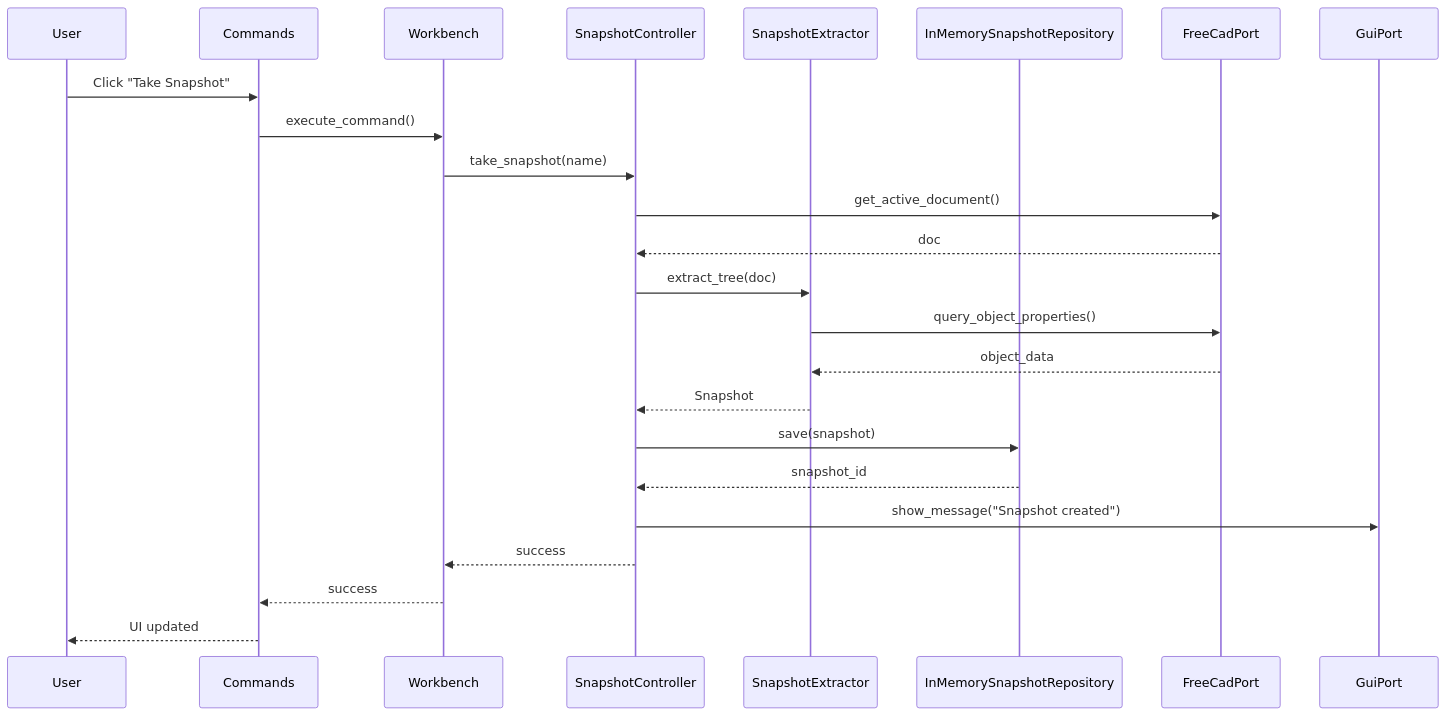
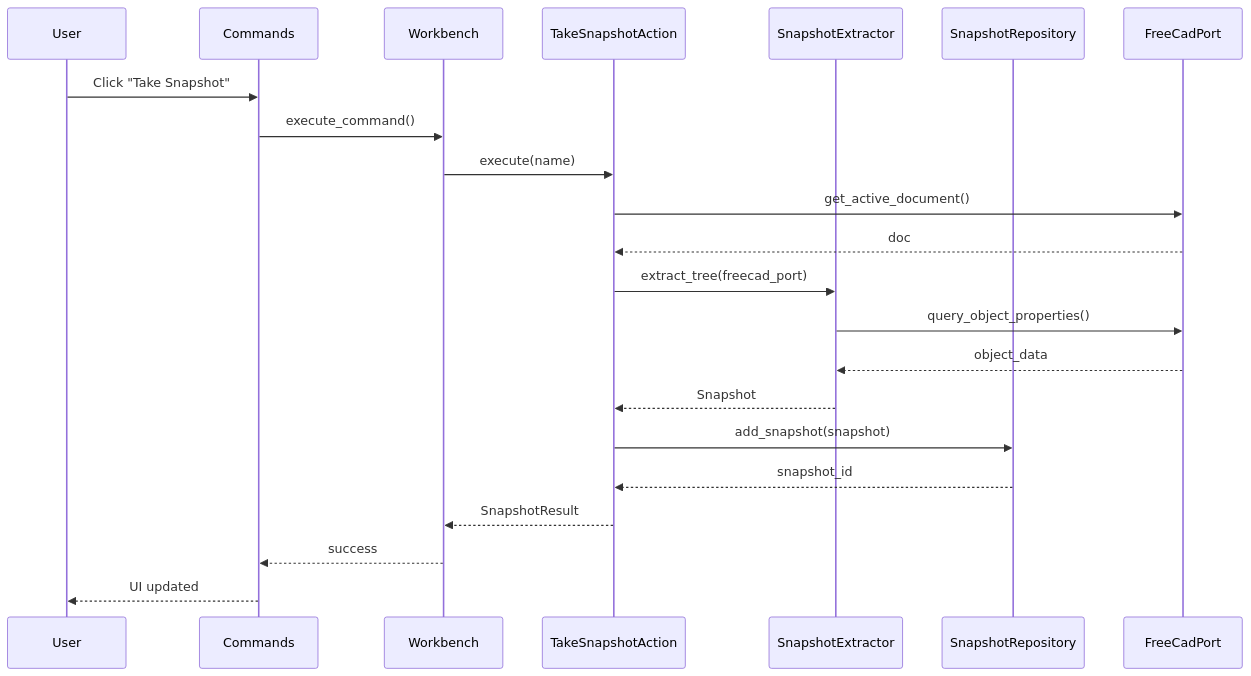
Before and after one commit to eblanshey/project-history-workbench: the first of 2 diagrams in docs/PLAN.md, drawn with Mermaid. The commit also changed other lines of this file and 3 other files, not shown here.

````diff
--- a/docs/PLAN.md
+++ b/docs/PLAN.md
@@ -188,27 +175,25 @@
 ```mermaid
 sequenceDiagram
     participant User
     participant Commands
     participant Workbench
-    participant SnapshotController
+    participant TakeSnapshotAction
     participant SnapshotExtractor
-    participant InMemorySnapshotRepository
+    participant SnapshotRepository
     participant FreeCadPort
-    participant GuiPort
 
     User->>Commands: Click "Take Snapshot"
     Commands->>Workbench: execute_command()
-    Workbench->>SnapshotController: take_snapshot(name)
-    SnapshotController->>FreeCadPort: get_active_document()
-    FreeCadPort-->>SnapshotController: doc
-    SnapshotController->>SnapshotExtractor: extract_tree(doc)
+    Workbench->>TakeSnapshotAction: execute(name)
+    TakeSnapshotAction->>FreeCadPort: get_active_document()
+    FreeCadPort-->>TakeSnapshotAction: doc
+    TakeSnapshotAction->>SnapshotExtractor: extract_tree(freecad_port)
     SnapshotExtractor->>FreeCadPort: query_object_properties()
     FreeCadPort-->>SnapshotExtractor: object_data
-    SnapshotExtractor-->>SnapshotController: Snapshot
-    SnapshotController->>InMemorySnapshotRepository: save(snapshot)
-    InMemorySnapshotRepository-->>SnapshotController: snapshot_id
-    SnapshotController->>GuiPort: show_message("Snapshot created")
-    SnapshotController-->>Workbench: success
+    SnapshotExtractor-->>TakeSnapshotAction: Snapshot
+    TakeSnapshotAction->>SnapshotRepository: add_snapshot(snapshot)
+    SnapshotRepository-->>TakeSnapshotAction: snapshot_id
+    TakeSnapshotAction-->>Workbench: SnapshotResult
     Workbench-->>Commands: success
     Commands-->>User: UI updated
 ```
````
